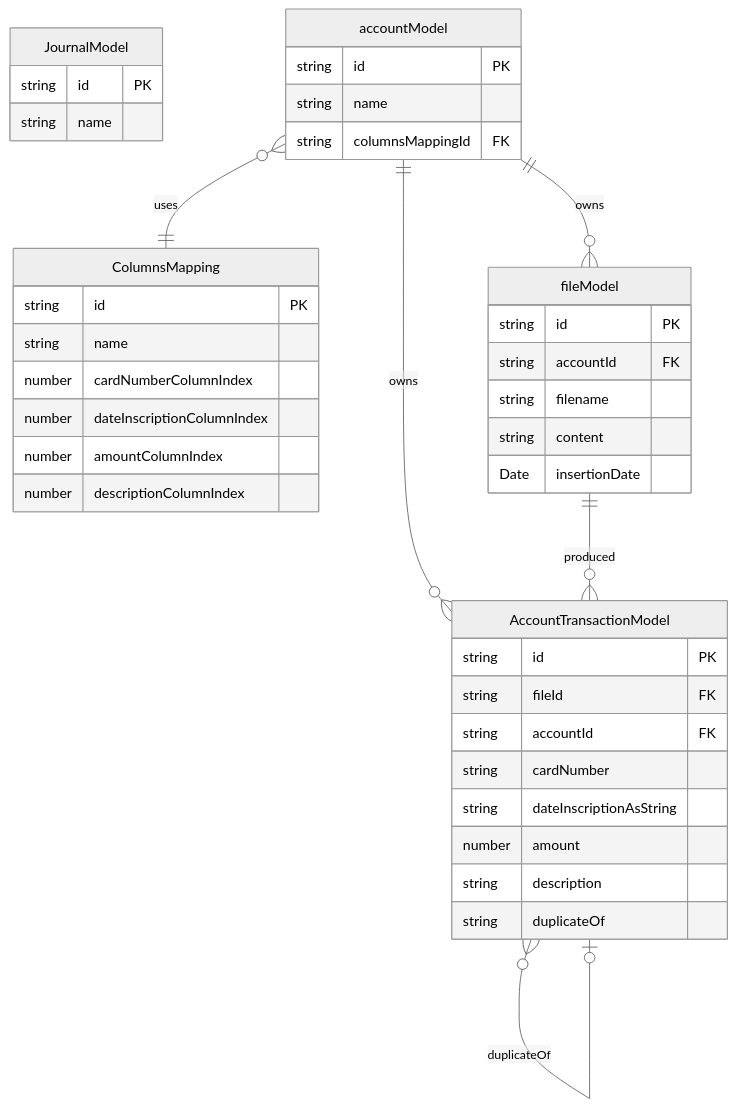
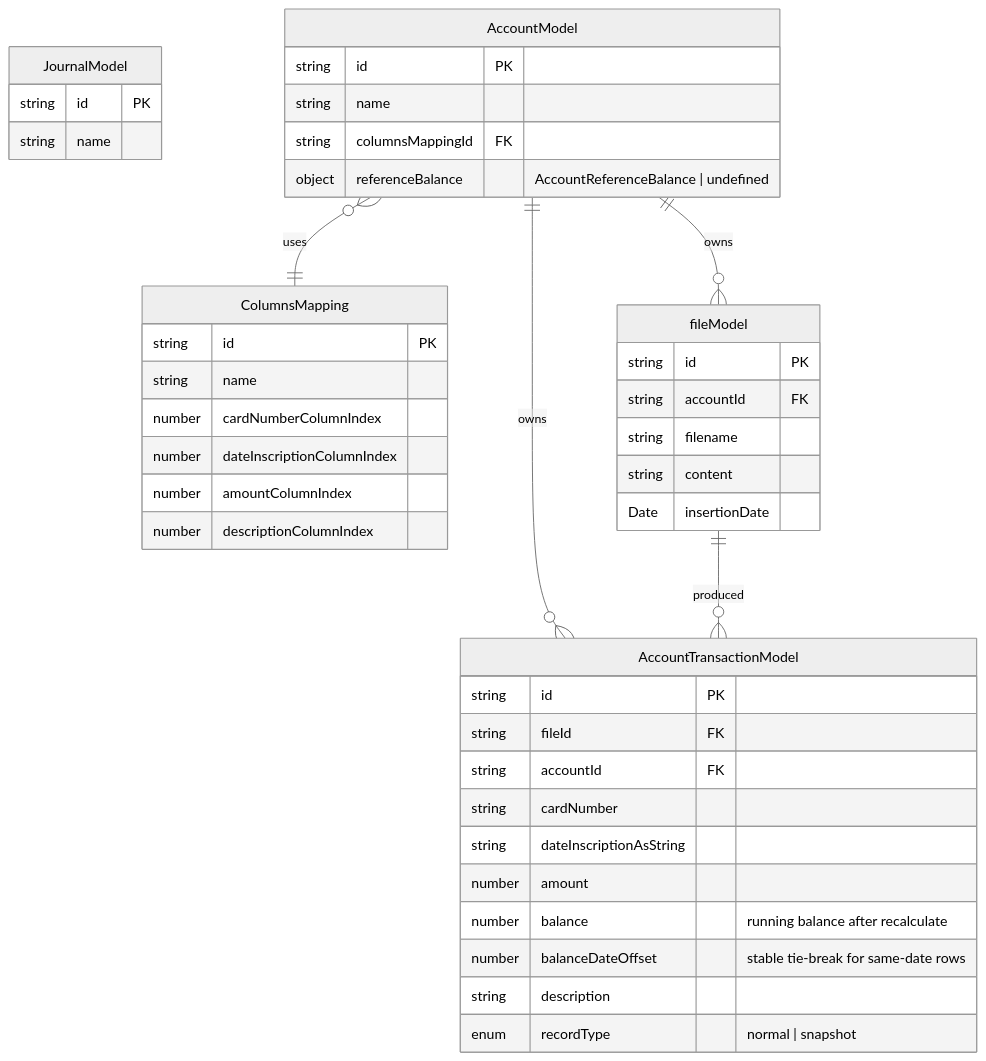
One commit to cobreti/Budgan changed the fourth of 11 diagrams in Doc/Architecture.md. Above: the diagram before and after it, drawn with Mermaid (neutral theme). The commit also changed other lines of this file and 24 other files, not shown here.

````diff
--- a/Doc/Architecture.md
+++ b/Doc/Architecture.md
@@ -187,43 +235,45 @@
 ```mermaid
 erDiagram
     JournalModel {
         string id PK
         string name
     }
-    accountModel {
+    AccountModel {
         string id PK
         string name
         string columnsMappingId FK
+        object  referenceBalance "AccountReferenceBalance | undefined"
     }
     ColumnsMapping {
         string id PK
         string name
         number cardNumberColumnIndex
         number dateInscriptionColumnIndex
         number amountColumnIndex
         number descriptionColumnIndex
     }
     fileModel {
         string id PK
         string accountId FK
         string filename
         string content
         Date insertionDate
     }
     AccountTransactionModel {
         string id PK
         string fileId FK
         string accountId FK
         string cardNumber
         string dateInscriptionAsString
         number amount
+        number balance "running balance after recalculate"
+        number balanceDateOffset "stable tie-break for same-date rows"
         string description
-        string duplicateOf
+        enum recordType "normal | snapshot"
     }
 
-    accountModel ||--o{ fileModel : "owns"
-    accountModel ||--o{ AccountTransactionModel : "owns"
-    accountModel }o--|| ColumnsMapping : "uses"
+    AccountModel ||--o{ fileModel : "owns"
+    AccountModel ||--o{ AccountTransactionModel : "owns"
+    AccountModel }o--|| ColumnsMapping : "uses"
     fileModel ||--o{ AccountTransactionModel : "produced"
-    AccountTransactionModel }o--o| AccountTransactionModel : "duplicateOf"
 ```
````
